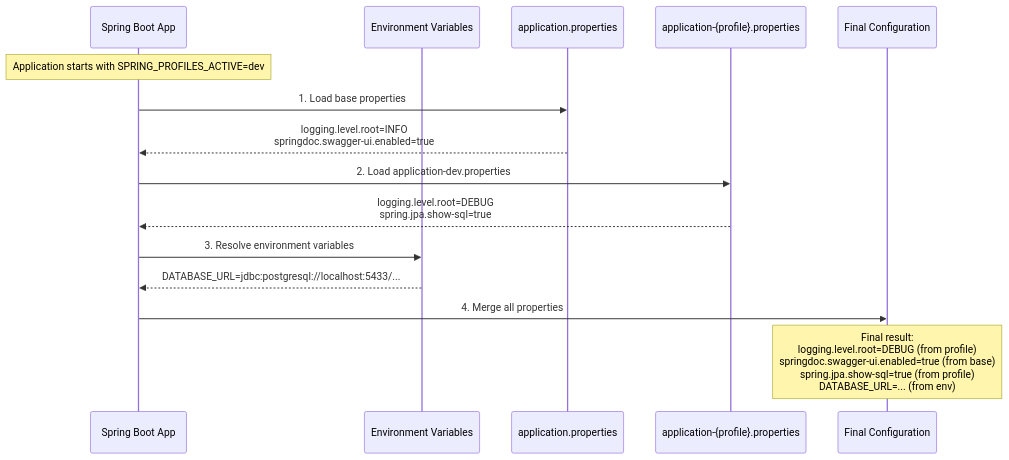
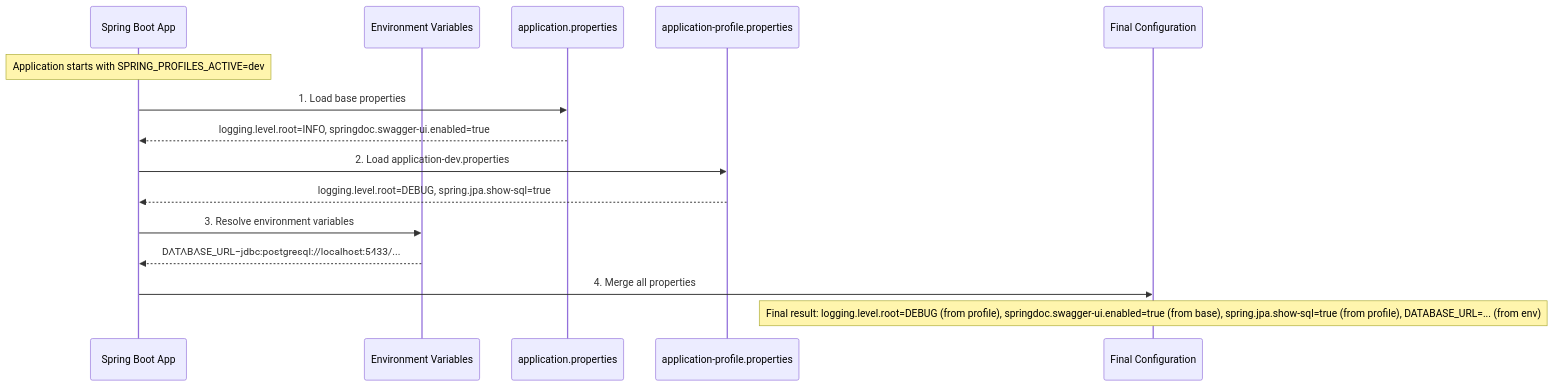
One commit to mrvin100/48id changed the second of 5 diagrams in docs/guide/environment-setup.md. Above: the diagram before and after it, drawn with Mermaid. The commit also changed other lines of this file, not shown here.

````diff
--- a/docs/guide/environment-setup.md
+++ b/docs/guide/environment-setup.md
@@ -206,22 +206,22 @@
 ```mermaid
 sequenceDiagram
     participant App as Spring Boot App
     participant Env as Environment Variables
     participant Base as application.properties
-    participant Profile as application-{profile}.properties
+    participant Profile as application-profile.properties
     participant Config as Final Configuration
     
     Note over App: Application starts with SPRING_PROFILES_ACTIVE=dev
     
     App->>Base: 1. Load base properties
-    Base-->>App: logging.level.root=INFO<br/>springdoc.swagger-ui.enabled=true
+    Base-->>App: logging.level.root=INFO, springdoc.swagger-ui.enabled=true
     
     App->>Profile: 2. Load application-dev.properties
-    Profile-->>App: logging.level.root=DEBUG<br/>spring.jpa.show-sql=true
+    Profile-->>App: logging.level.root=DEBUG, spring.jpa.show-sql=true
     
     App->>Env: 3. Resolve environment variables
     Env-->>App: DATABASE_URL=jdbc:postgresql://localhost:5433/...
     
     App->>Config: 4. Merge all properties
-    Note over Config: Final result:<br/>logging.level.root=DEBUG (from profile)<br/>springdoc.swagger-ui.enabled=true (from base)<br/>spring.jpa.show-sql=true (from profile)<br/>DATABASE_URL=... (from env)
+    Note over Config: Final result: logging.level.root=DEBUG (from profile), springdoc.swagger-ui.enabled=true (from base), spring.jpa.show-sql=true (from profile), DATABASE_URL=... (from env)
 ```
````
